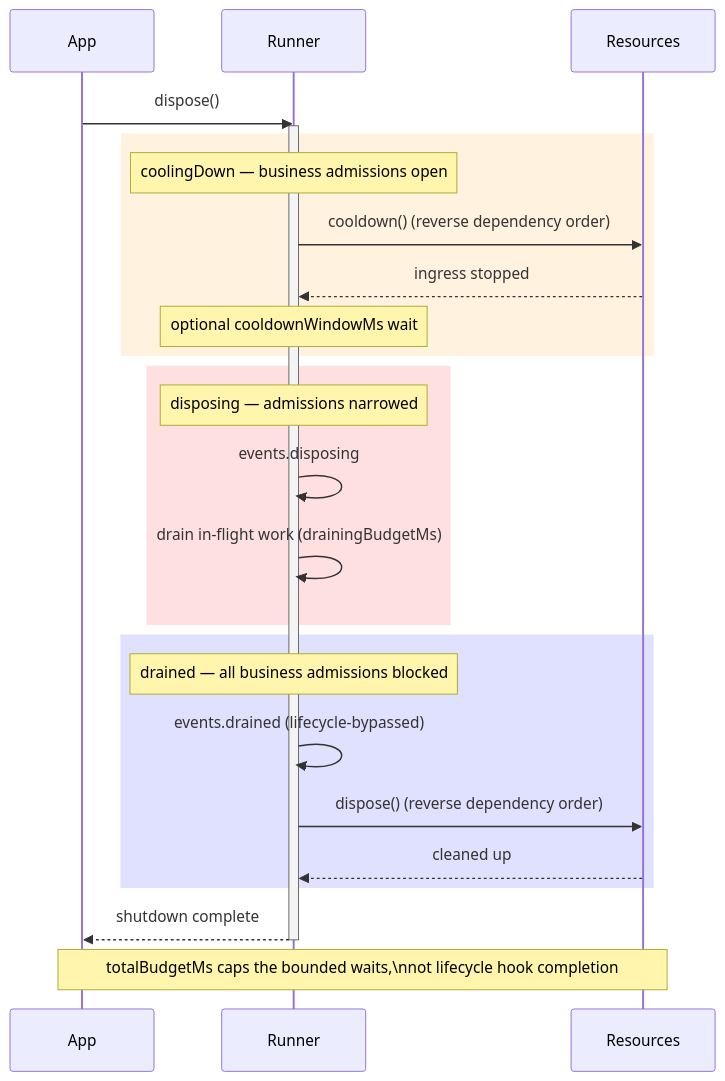
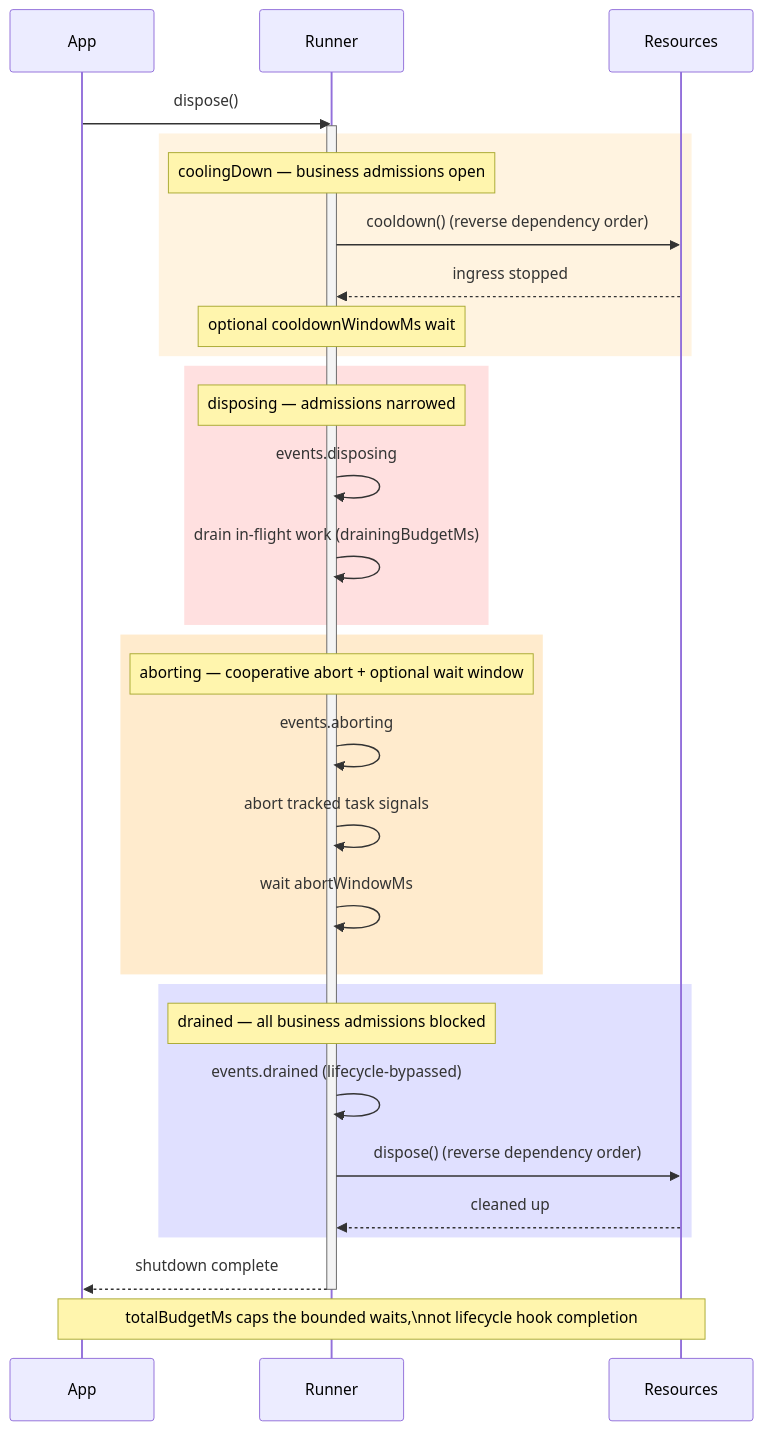
One commit to bluelibs/runner changed the third of 3 diagrams in guide-units/03-runtime-lifecycle.md. Above: the diagram before and after it, drawn with Mermaid. The commit also changed other lines of this file and 36 other files, not shown here.

````diff
--- a/guide-units/03-runtime-lifecycle.md
+++ b/guide-units/03-runtime-lifecycle.md
@@ -436,34 +444,41 @@
 ```mermaid
 sequenceDiagram
     participant App
     participant Runner
     participant Resources
 
     App->>Runner: dispose()
     activate Runner
 
     rect rgb(255, 243, 224)
         Note over Runner: coolingDown — business admissions open
         Runner->>Resources: cooldown() (reverse dependency order)
         Resources-->>Runner: ingress stopped
         Note over Runner: optional cooldownWindowMs wait
     end
 
     rect rgb(255, 224, 224)
         Note over Runner: disposing — admissions narrowed
         Runner->>Runner: events.disposing
         Runner->>Runner: drain in‑flight work (drainingBudgetMs)
     end
 
+    rect rgb(255, 235, 205)
+        Note over Runner: aborting — cooperative abort + optional wait window
+        Runner->>Runner: events.aborting
+        Runner->>Runner: abort tracked task signals
+        Runner->>Runner: wait abortWindowMs
+    end
+
     rect rgb(224, 224, 255)
         Note over Runner: drained — all business admissions blocked
         Runner->>Runner: events.drained (lifecycle‑bypassed)
         Runner->>Resources: dispose() (reverse dependency order)
         Resources-->>Runner: cleaned up
     end
 
     Runner-->>App: shutdown complete
     deactivate Runner
 
     Note over App,Resources: totalBudgetMs caps the bounded waits,\nnot lifecycle hook completion
 ```
````
